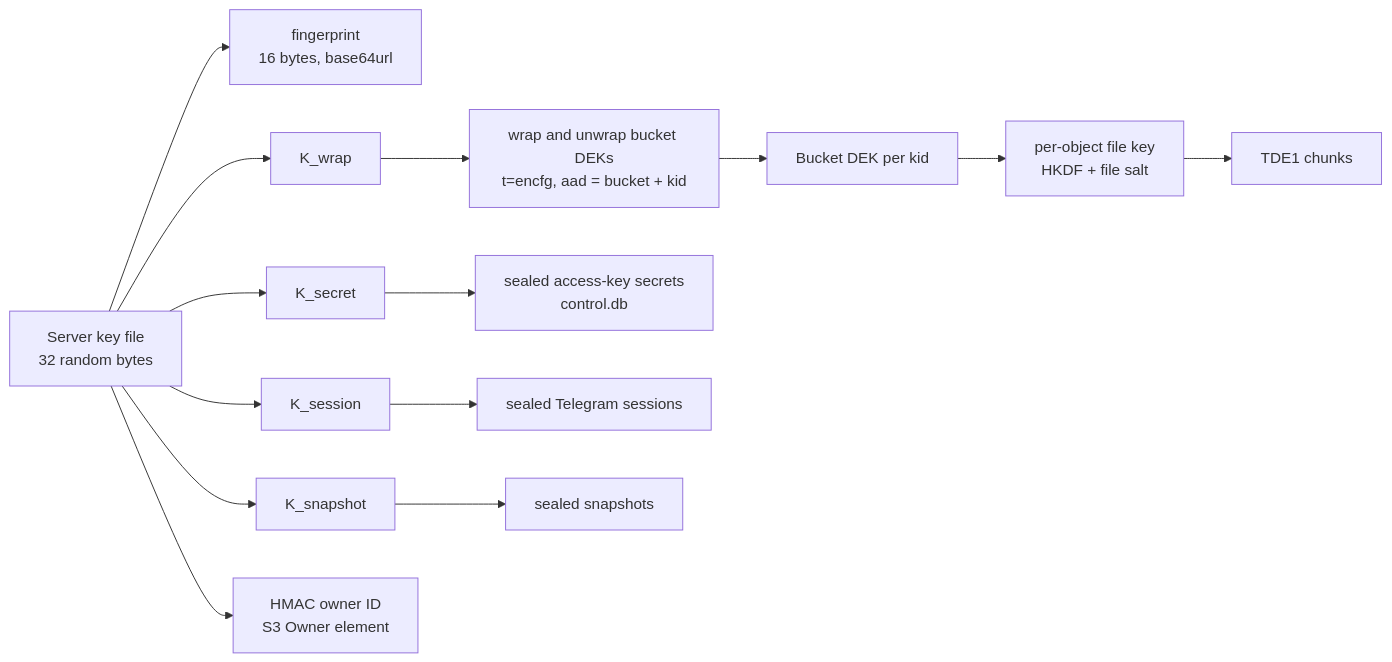
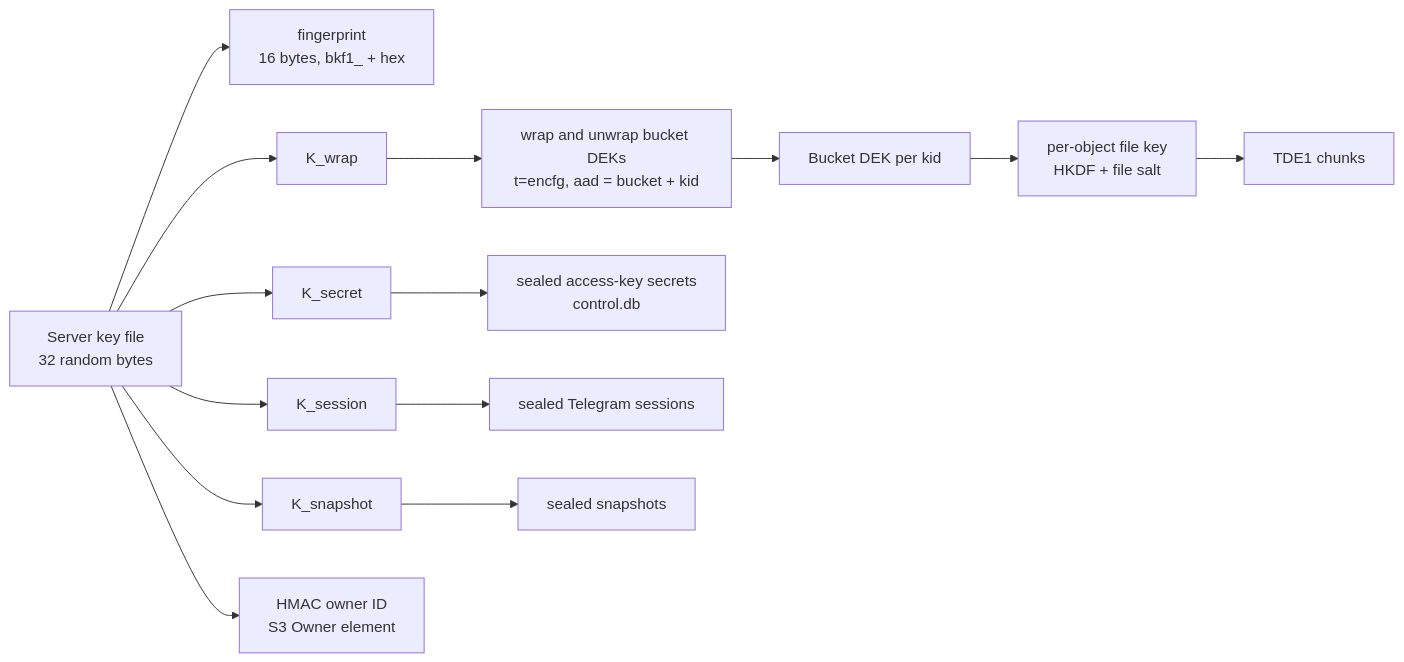
The second of 2 diagrams in docs/spec/security.md (PRIEYAN/ButterDB), drawn with Mermaid before and after one commit. The commit also changed other lines of this file and 10 other files, not shown here.

````diff
--- a/docs/spec/security.md
+++ b/docs/spec/security.md
@@ -204,10 +204,10 @@
 ```mermaid
 flowchart LR
-    F[Server key file<br/>32 random bytes] --> FP[fingerprint<br/>16 bytes, base64url]
+    F[Server key file<br/>32 random bytes] --> FP[fingerprint<br/>16 bytes, bkf1_ + hex]
     F --> KW[K_wrap] --> W[wrap and unwrap bucket DEKs<br/>t=encfg, aad = bucket + kid]
     W --> DEK[Bucket DEK per kid] --> FK[per-object file key<br/>HKDF + file salt] --> T[TDE1 chunks]
     F --> KS[K_secret] --> AK[sealed access-key secrets<br/>control.db]
     F --> KSS[K_session] --> SS[sealed Telegram sessions]
     F --> KN[K_snapshot] --> SN[sealed snapshots]
     F --> OID[HMAC owner ID<br/>S3 Owner element]
 ```
````
